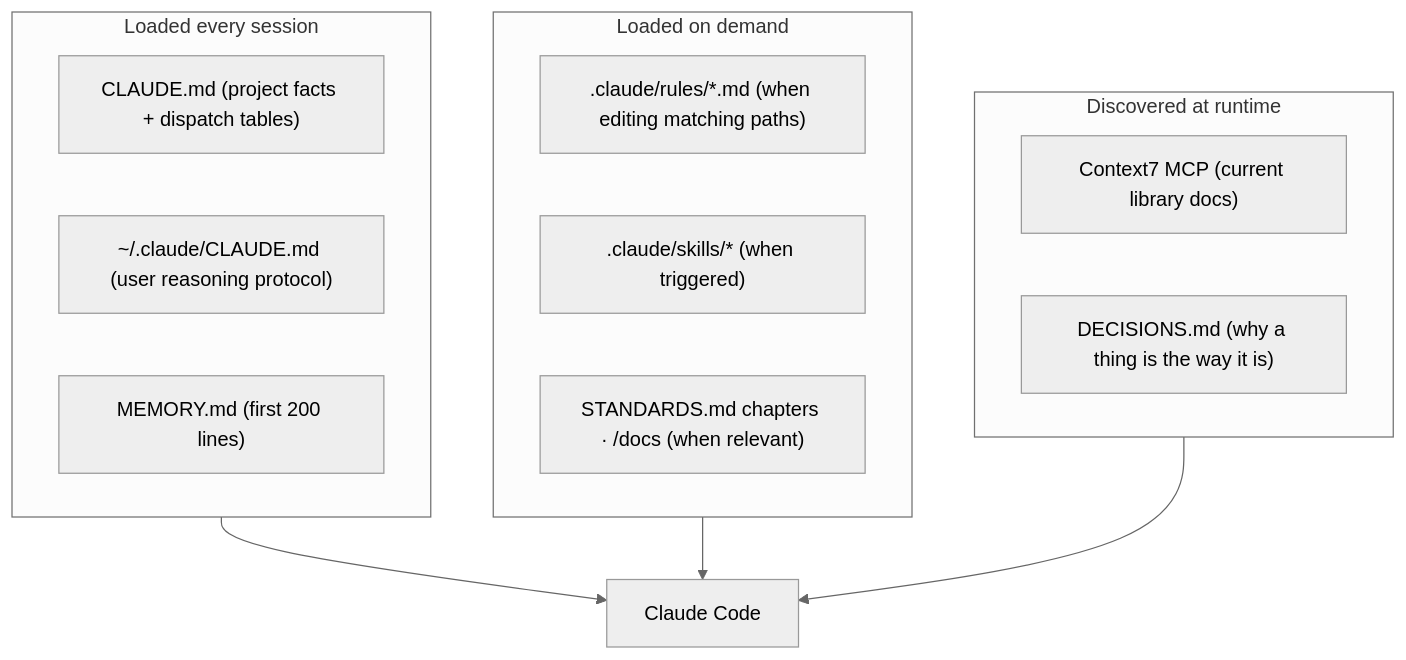
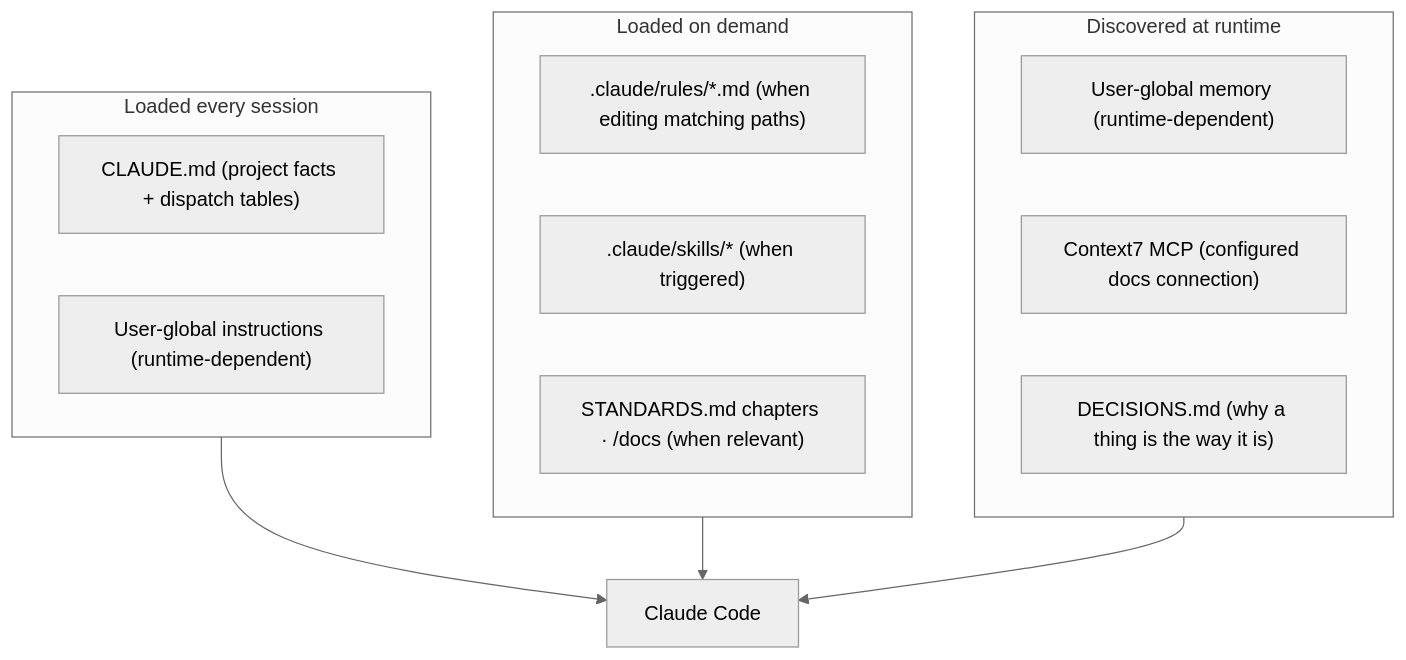
One commit to erikunha/portfolio changed the second of 2 diagrams in docs/handbook/ai-assisted-development.md. Above: the diagram before and after it, drawn with Mermaid (neutral theme). The commit also changed other lines of this file and 10 other files, not shown here.

````diff
--- a/docs/handbook/ai-assisted-development.md
+++ b/docs/handbook/ai-assisted-development.md
@@ -36,20 +37,20 @@
 ```mermaid
 flowchart TD
     subgraph always["Loaded every session"]
         cl["CLAUDE.md (project facts + dispatch tables)"]
-        ucl["~/.claude/CLAUDE.md (user reasoning protocol)"]
-        mem["MEMORY.md (first 200 lines)"]
+        ucl["User-global instructions (runtime-dependent)"]
     end
     subgraph ondemand["Loaded on demand"]
         rules[".claude/rules/*.md (when editing matching paths)"]
         skills[".claude/skills/* (when triggered)"]
         topic["STANDARDS.md chapters · /docs (when relevant)"]
     end
     subgraph runtime["Discovered at runtime"]
-        ctx7["Context7 MCP (current library docs)"]
+        mem["User-global memory (runtime-dependent)"]
+        ctx7["Context7 MCP (configured docs connection)"]
         history["DECISIONS.md (why a thing is the way it is)"]
     end
     always --> agent["Claude Code"]
     ondemand --> agent
     runtime --> agent
 ```
````
